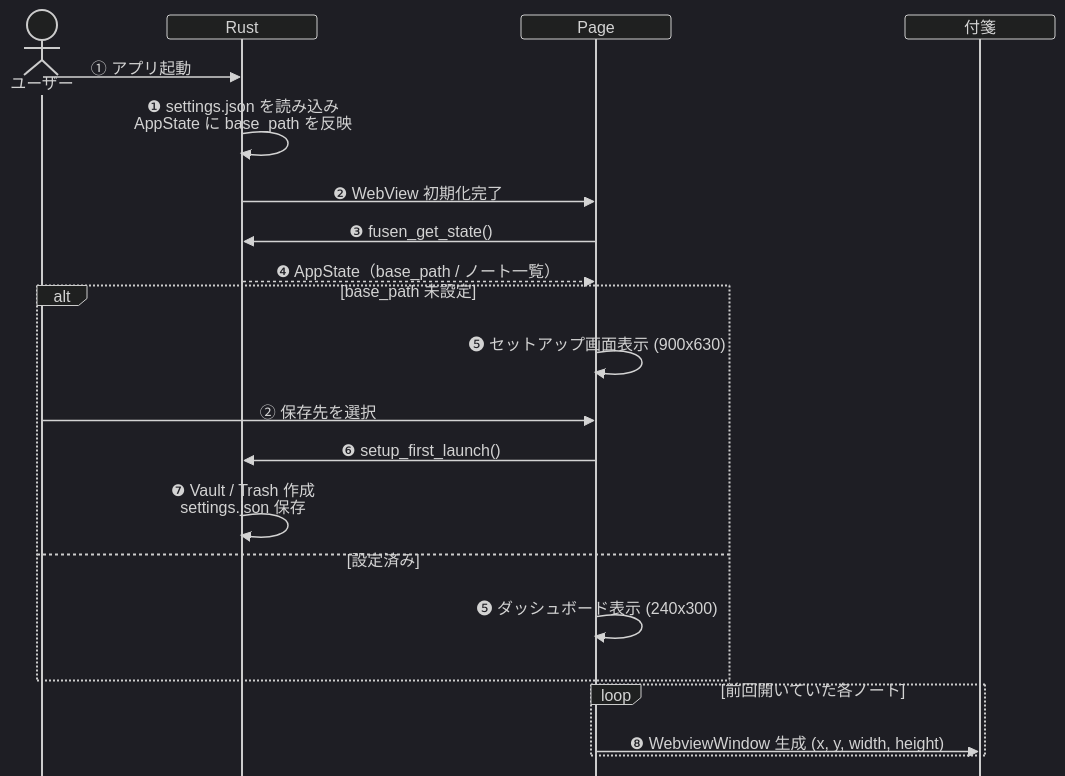
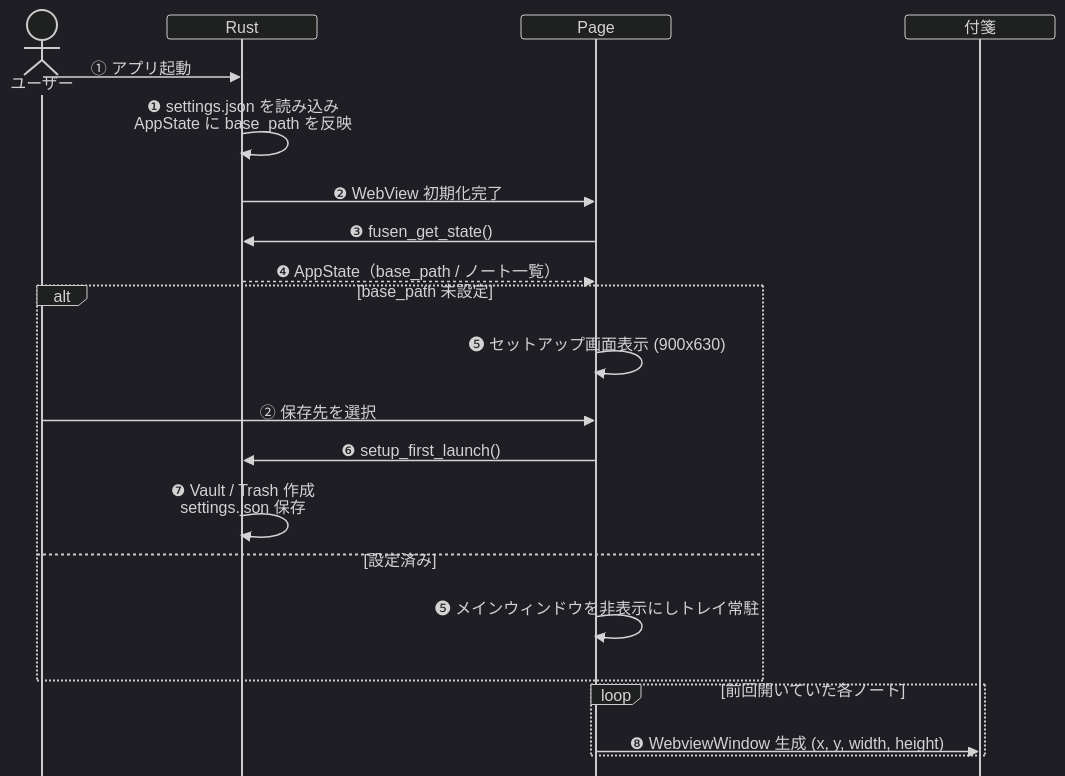
The fifth of 9 diagrams in docs-v2/002_PC.md (ore-no-fusen/ore-no-fusen), drawn with Mermaid (dark theme) before and after one commit. The commit also changed other lines of this file and 1 other file, not shown here.

````diff
--- a/docs-v2/002_PC.md
+++ b/docs-v2/002_PC.md
@@ -380,27 +432,27 @@
 ```mermaid
 %%{init: {'sequence': {'messageMargin': 8, 'mirrorActors': false, 'height': 24, 'boxMargin': 4, 'noteMargin': 6}}}%%
 sequenceDiagram
     actor U as ユーザー
     participant R as Rust
     participant P as Page
     participant W as 付箋
 
     U->>R: ① アプリ起動
     R->>R: ❶ settings.json を読み込み<br>AppState に base_path を反映
     R->>P: ❷ WebView 初期化完了
     P->>R: ❸ fusen_get_state()
     R-->>P: ❹ AppState（base_path / ノート一覧）
 
     alt base_path 未設定
         P->>P: ❺ セットアップ画面表示 (900x630)
         U->>P: ② 保存先を選択
         P->>R: ❻ setup_first_launch()
         R->>R: ❼ Vault / Trash 作成<br>settings.json 保存
     else 設定済み
-        P->>P: ❺ ダッシュボード表示 (240x300)
+        P->>P: ❺ メインウィンドウを非表示にしトレイ常駐
     end
 
     loop 前回開いていた各ノート
         P->>W: ❽ WebviewWindow 生成 (x, y, width, height)
     end
 ```
````
